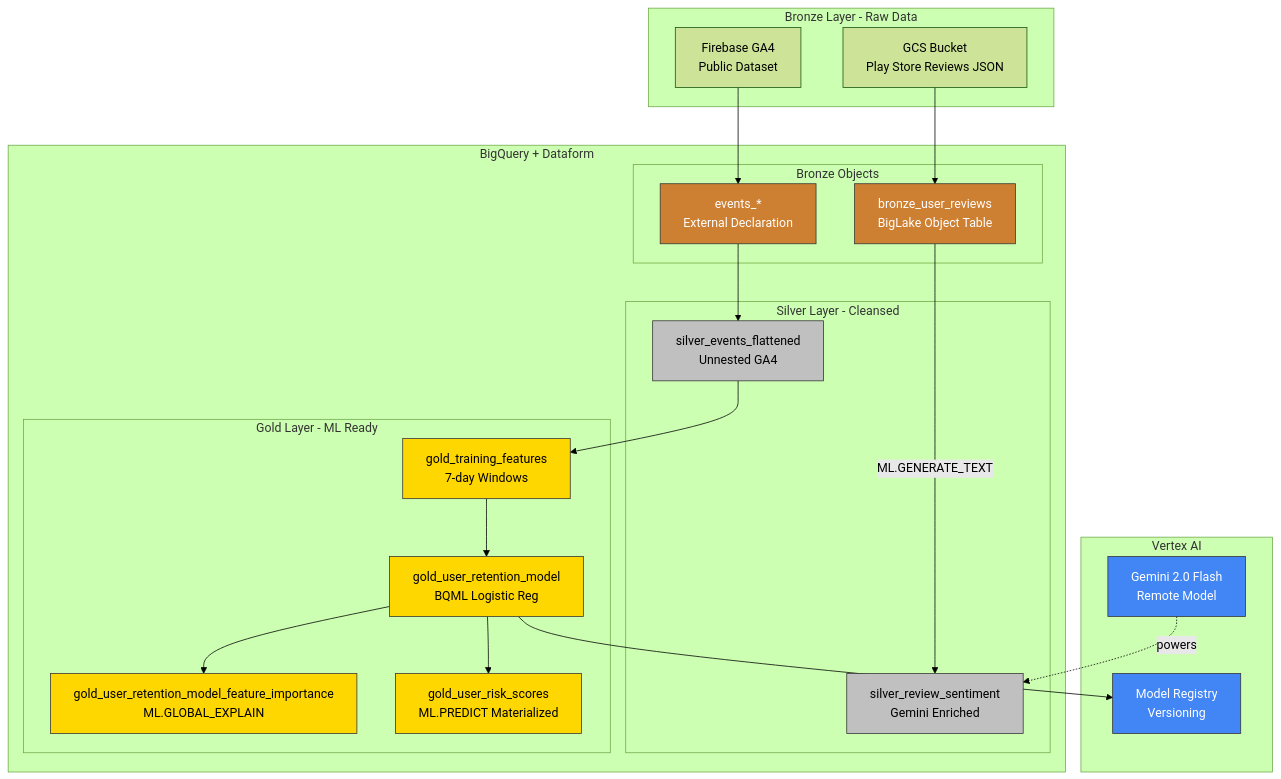
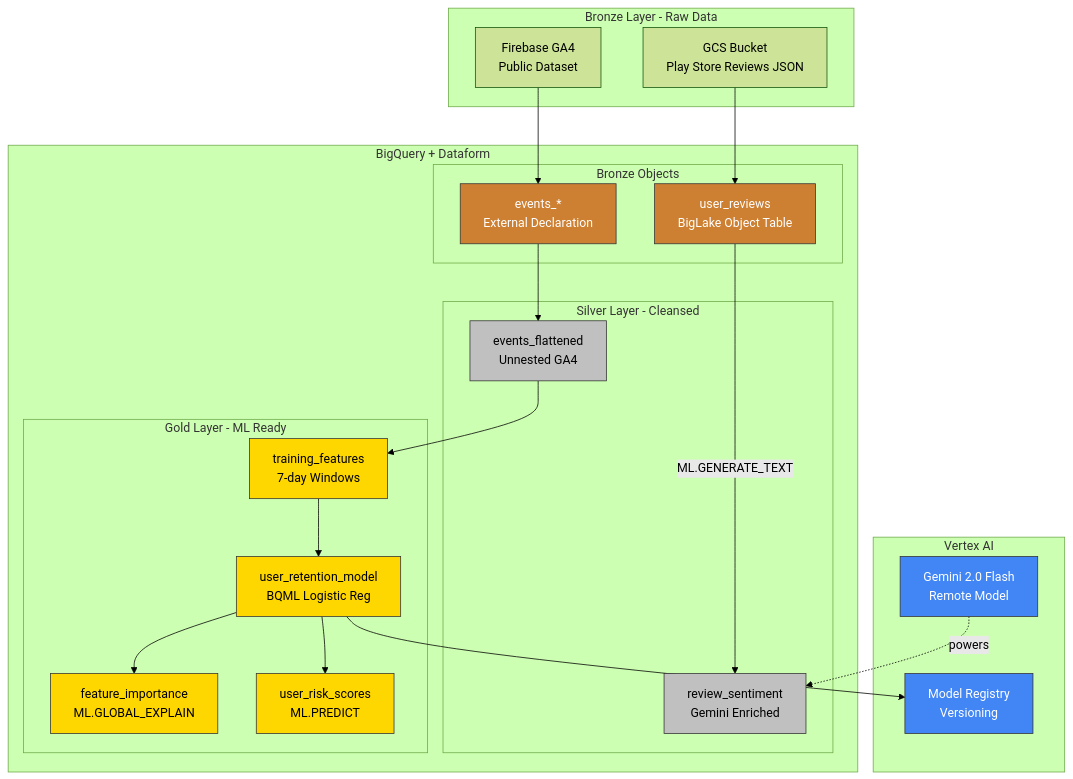
One commit to gCloud-Tech-Showcase/Data-Cloud changed the first of 5 diagrams in docs/architecture.md. Above: the diagram before and after it, drawn with Mermaid (forest theme). The commit also changed other lines of this file, not shown here.

Commit message:
Simplify architecture diagram labels by removing layer prefixes
Labels now omit bronze_/silver_/gold_ prefixes since they're
already inside labeled layer boxes. Makes diagrams cleaner and
easier to read.

````diff
--- a/docs/architecture.md
+++ b/docs/architecture.md
@@ -11,54 +11,54 @@
 ```mermaid
 graph TB
     subgraph "Bronze Layer - Raw Data"
         GCS[GCS Bucket<br/>Play Store Reviews JSON]
         GA4[Firebase GA4<br/>Public Dataset]
     end
 
     subgraph "BigQuery + Dataform"
         subgraph "Bronze Objects"
-            BRONZE_REV[bronze_user_reviews<br/>BigLake Object Table]
+            BRONZE_REV[user_reviews<br/>BigLake Object Table]
             BRONZE_EVT[events_*<br/>External Declaration]
         end
 
         subgraph "Silver Layer - Cleansed"
-            SILVER_REV[silver_review_sentiment<br/>Gemini Enriched]
-            SILVER_EVT[silver_events_flattened<br/>Unnested GA4]
+            SILVER_REV[review_sentiment<br/>Gemini Enriched]
+            SILVER_EVT[events_flattened<br/>Unnested GA4]
         end
 
         subgraph "Gold Layer - ML Ready"
-            GOLD_FEAT[gold_training_features<br/>7-day Windows]
-            GOLD_MODEL[gold_user_retention_model<br/>BQML Logistic Reg]
-            GOLD_FI[gold_user_retention_model_feature_importance<br/>ML.GLOBAL_EXPLAIN]
-            GOLD_SCORES[gold_user_risk_scores<br/>ML.PREDICT Materialized]
+            GOLD_FEAT[training_features<br/>7-day Windows]
+            GOLD_MODEL[user_retention_model<br/>BQML Logistic Reg]
+            GOLD_FI[feature_importance<br/>ML.GLOBAL_EXPLAIN]
+            GOLD_SCORES[user_risk_scores<br/>ML.PREDICT]
         end
     end
 
     subgraph "Vertex AI"
         GEMINI[Gemini 2.0 Flash<br/>Remote Model]
         REGISTRY[Model Registry<br/>Versioning]
     end
 
     GCS --> BRONZE_REV
     GA4 --> BRONZE_EVT
 
     BRONZE_REV --> |ML.GENERATE_TEXT| SILVER_REV
     GEMINI -.-> |powers| SILVER_REV
 
     BRONZE_EVT --> SILVER_EVT
     SILVER_EVT --> GOLD_FEAT
     GOLD_FEAT --> GOLD_MODEL
     GOLD_MODEL --> REGISTRY
     GOLD_MODEL --> GOLD_FI
     GOLD_MODEL --> GOLD_SCORES
 
     classDef bronze fill:#cd7f32,stroke:#333,color:#fff
     classDef silver fill:#c0c0c0,stroke:#333,color:#000
     classDef gold fill:#ffd700,stroke:#333,color:#000
     classDef external fill:#4285f4,stroke:#333,color:#fff
 
     class BRONZE_REV,BRONZE_EVT bronze
     class SILVER_REV,SILVER_EVT silver
     class GOLD_FEAT,GOLD_MODEL,GOLD_FI,GOLD_SCORES gold
     class GEMINI,REGISTRY external
 ```
````
